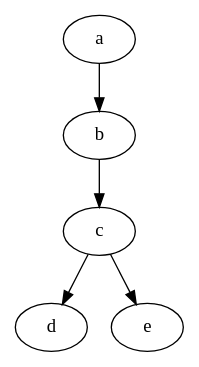
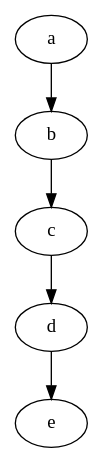
One commit to bneijt/dotimate changed the diagram in b.dot. Above: the diagram before and after it, drawn with Graphviz. The commit also changed 2 other files, not shown here.

```diff
--- a/b.dot
+++ b/b.dot
@@ -1,7 +1,7 @@
 digraph code {
     a;b;c;d;e;
     a -> b;
     b -> c;
     c -> d;
-    c -> e;	
+    d -> e;	
 }
```
